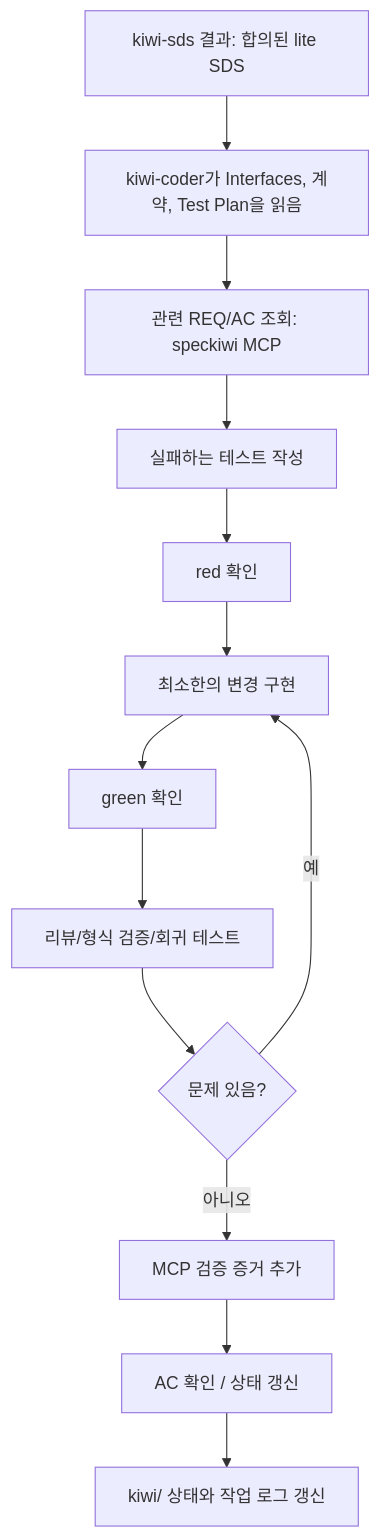
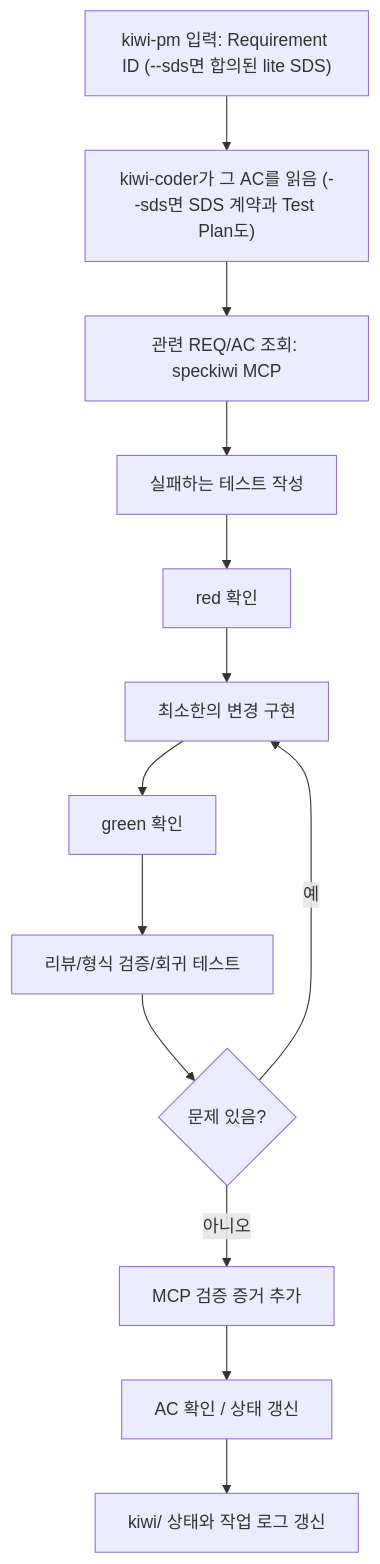
Before and after one commit to Snoworca/speckiwi: the fourth of 4 diagrams in README.md, drawn with Mermaid. The commit also changed other lines of this file and 288 other files, not shown here.

````diff
--- a/README.md
+++ b/README.md
@@ -1371,15 +1403,15 @@
 ```mermaid
 flowchart TD
-    A["kiwi-sds 결과: 합의된 lite SDS"] --> B["kiwi-coder가 Interfaces, 계약, Test Plan을 읽음"]
+    A["kiwi-pm 입력: Requirement ID (--sds면 합의된 lite SDS)"] --> B["kiwi-coder가 그 AC를 읽음 (--sds면 SDS 계약과 Test Plan도)"]
     B --> C["관련 REQ/AC 조회: speckiwi MCP"]
     C --> D["실패하는 테스트 작성"]
     D --> E["red 확인"]
     E --> F["최소한의 변경 구현"]
     F --> G["green 확인"]
     G --> H["리뷰/형식 검증/회귀 테스트"]
     H --> I{"문제 있음?"}
     I -->|예| F
     I -->|아니오| J["MCP 검증 증거 추가"]
     J --> K["AC 확인 / 상태 갱신"]
     K --> L["kiwi/ 상태와 작업 로그 갱신"]
 ```
````
